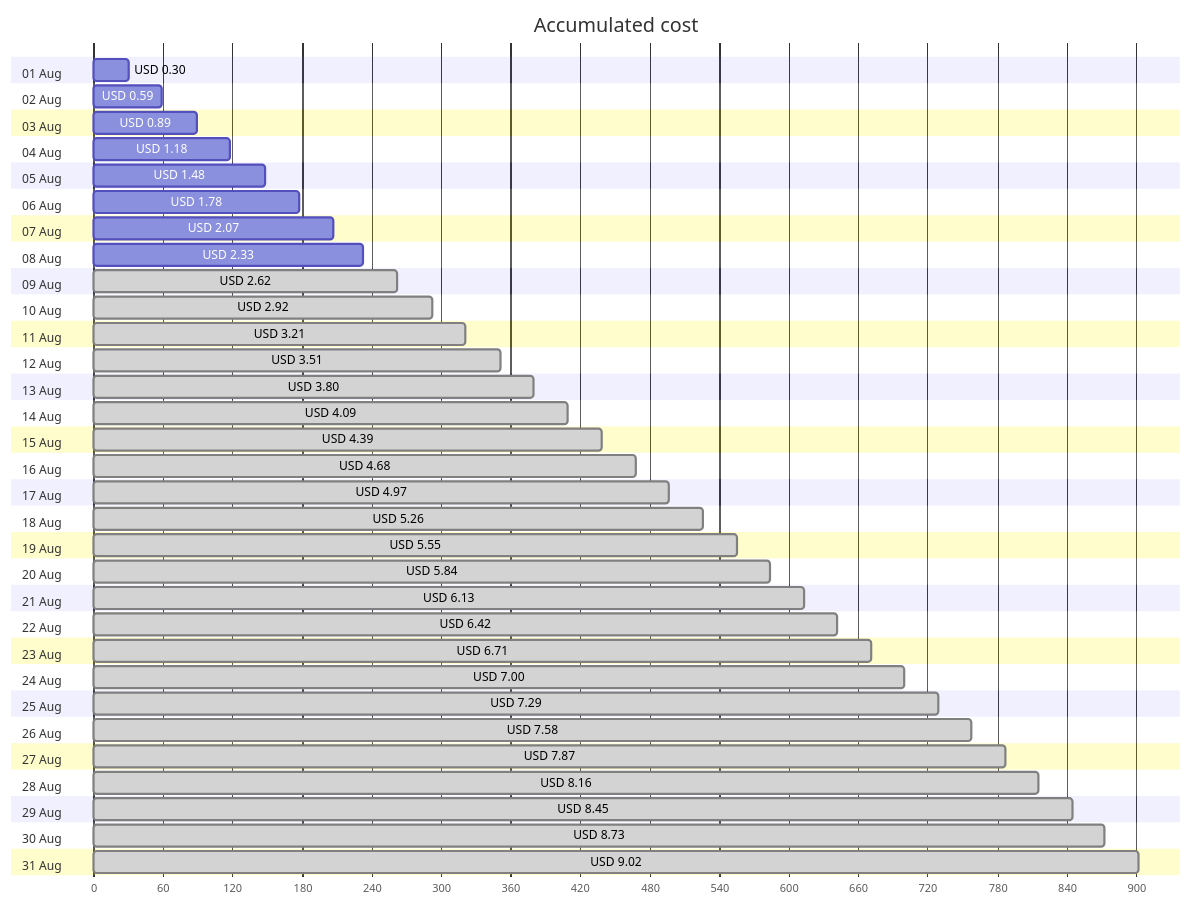
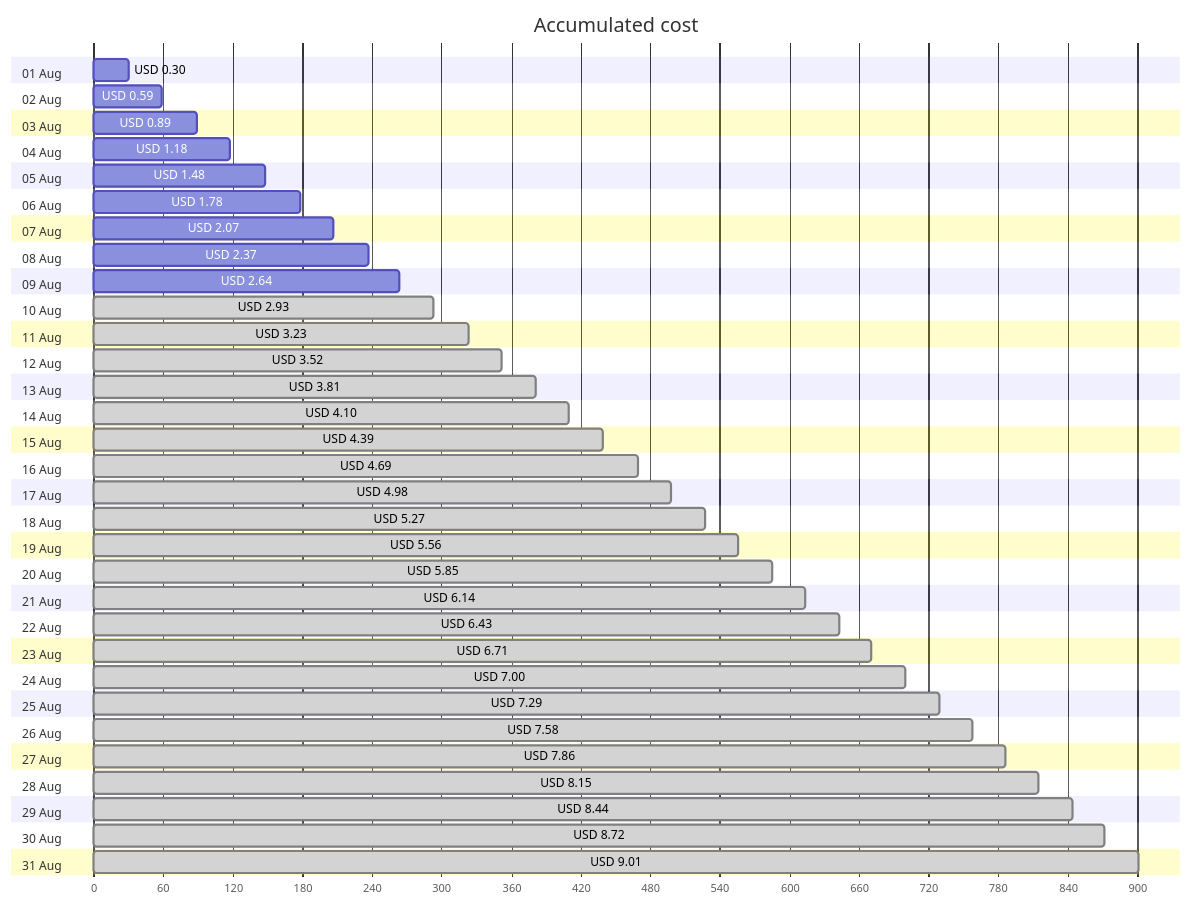
One commit to jpfulton/azure-personal-reports changed the first of 4 diagrams in cost-reports/personal-site/personal-site.md. Above: the diagram before and after it, drawn with Mermaid. The commit also changed other lines of this file and 6 other files, not shown here.

````diff
--- a/cost-reports/personal-site/personal-site.md
+++ b/cost-reports/personal-site/personal-site.md
@@ -20,68 +20,68 @@
 ```mermaid
 gantt
    title Accumulated cost
    dateFormat  X
    axisFormat %s
    section 01 Aug
    USD 0.30 :0, 30
    section 02 Aug
    USD 0.59 :0, 59
    section 03 Aug
    USD 0.89 :0, 89
    section 04 Aug
    USD 1.18 :0, 118
    section 05 Aug
    USD 1.48 :0, 148
    section 06 Aug
    USD 1.78 :0, 178
    section 07 Aug
    USD 2.07 :0, 207
    section 08 Aug
-   USD 2.33 :0, 233
+   USD 2.37 :0, 237
    section 09 Aug
-   USD 2.62 : done, 0, 262
+   USD 2.64 :0, 264
    section 10 Aug
-   USD 2.92 : done, 0, 292
+   USD 2.93 : done, 0, 293
    section 11 Aug
-   USD 3.21 : done, 0, 321
+   USD 3.23 : done, 0, 323
    section 12 Aug
-   USD 3.51 : done, 0, 351
+   USD 3.52 : done, 0, 352
    section 13 Aug
-   USD 3.80 : done, 0, 380
+   USD 3.81 : done, 0, 381
    section 14 Aug
-   USD 4.09 : done, 0, 409
+   USD 4.10 : done, 0, 410
    section 15 Aug
    USD 4.39 : done, 0, 439
    section 16 Aug
-   USD 4.68 : done, 0, 468
+   USD 4.69 : done, 0, 469
    section 17 Aug
-   USD 4.97 : done, 0, 497
+   USD 4.98 : done, 0, 498
    section 18 Aug
-   USD 5.26 : done, 0, 526
+   USD 5.27 : done, 0, 527
    section 19 Aug
-   USD 5.55 : done, 0, 555
+   USD 5.56 : done, 0, 556
    section 20 Aug
-   USD 5.84 : done, 0, 584
+   USD 5.85 : done, 0, 585
    section 21 Aug
-   USD 6.13 : done, 0, 613
+   USD 6.14 : done, 0, 614
    section 22 Aug
-   USD 6.42 : done, 0, 642
+   USD 6.43 : done, 0, 643
    section 23 Aug
    USD 6.71 : done, 0, 671
    section 24 Aug
    USD 7.00 : done, 0, 700
    section 25 Aug
    USD 7.29 : done, 0, 729
    section 26 Aug
    USD 7.58 : done, 0, 758
    section 27 Aug
-   USD 7.87 : done, 0, 787
+   USD 7.86 : done, 0, 786
    section 28 Aug
-   USD 8.16 : done, 0, 816
+   USD 8.15 : done, 0, 815
    section 29 Aug
-   USD 8.45 : done, 0, 845
+   USD 8.44 : done, 0, 844
    section 30 Aug
-   USD 8.73 : done, 0, 873
+   USD 8.72 : done, 0, 872
    section 31 Aug
-   USD 9.02 : done, 0, 902
+   USD 9.01 : done, 0, 901
 ```
````
